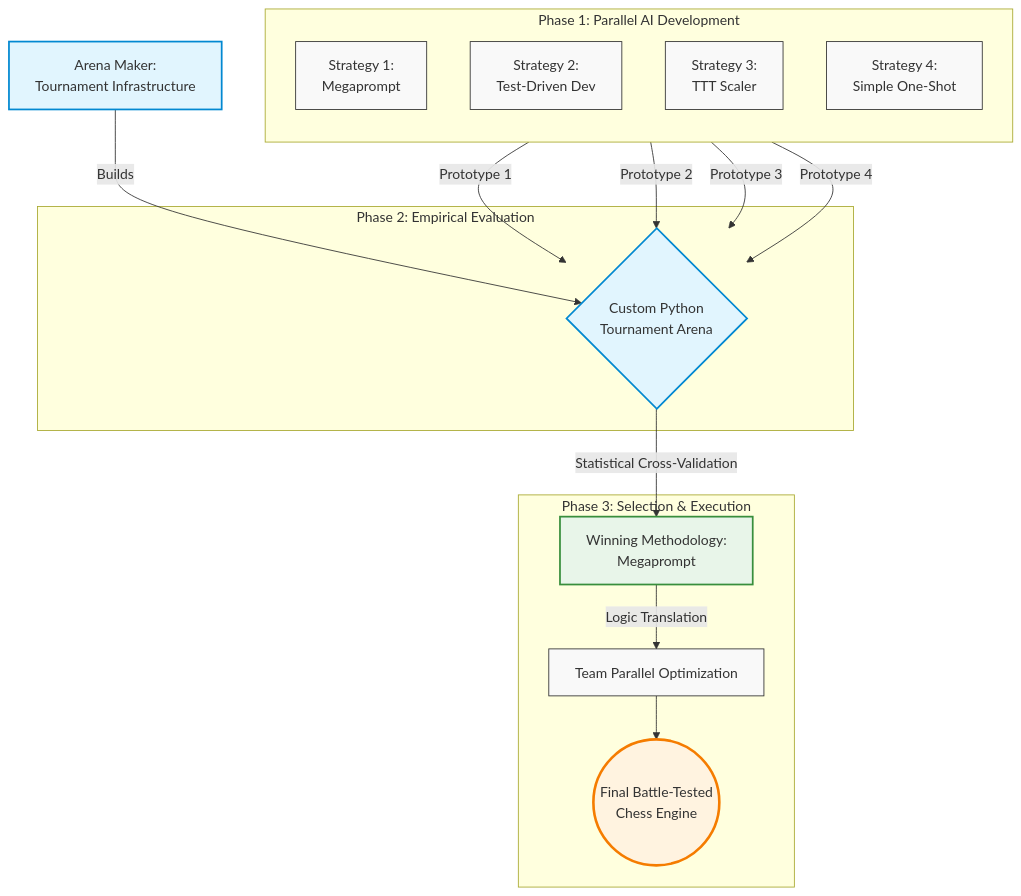
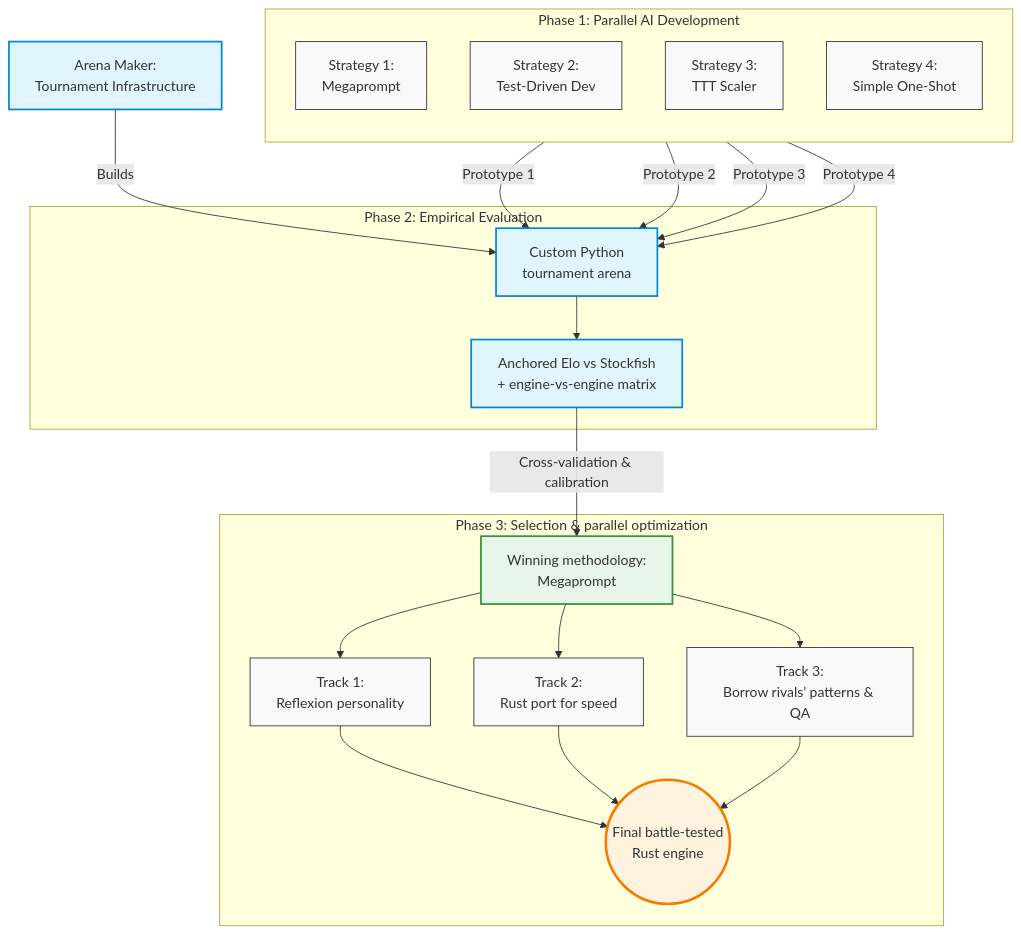
The first of 2 diagrams in README.md (krishavs1/Cubist-Hackathon-2026), drawn with Mermaid before and after one commit. The commit also changed other lines of this file, not shown here.

````diff
--- a/README.md
+++ b/README.md
@@ -9,40 +9,48 @@
 ```mermaid
 graph TD
     %% Define styles for a quantitative/research aesthetic
     classDef strategy fill:#f9f9f9,stroke:#333,stroke-width:1px;
     classDef arena fill:#e1f5fe,stroke:#0288d1,stroke-width:2px;
     classDef winner fill:#e8f5e9,stroke:#388e3c,stroke-width:2px;
     classDef final fill:#fff3e0,stroke:#f57c00,stroke-width:3px;
 
     subgraph Phase 1: Parallel AI Development
         direction TB
         S1[Strategy 1:<br>Megaprompt]:::strategy
         S2[Strategy 2:<br>Test-Driven Dev]:::strategy
         S3[Strategy 3:<br>TTT Scaler]:::strategy
         S4[Strategy 4:<br>Simple One-Shot]:::strategy
     end
 
     AM[Arena Maker:<br>Tournament Infrastructure]:::arena
 
     subgraph Phase 2: Empirical Evaluation
-        Arena{Custom Python<br>Tournament Arena}:::arena
+        Arena[Custom Python<br>tournament arena]:::arena
+        Eval[Anchored Elo vs Stockfish<br>+ engine-vs-engine matrix]:::arena
     end
 
-    subgraph Phase 3: Selection & Execution
-        Win[Winning Methodology:<br>Megaprompt]:::winner
-        Opt[Team Parallel Optimization]:::strategy
-        Final((Final Battle-Tested<br>Chess Engine)):::final
+    subgraph Phase3["Phase 3: Selection & parallel optimization"]
+        Win[Winning methodology:<br>Megaprompt]:::winner
+        T1[Track 1:<br>Reflexion personality]:::strategy
+        T2[Track 2:<br>Rust port for speed]:::strategy
+        T3[Track 3:<br>Borrow rivals’ patterns & QA]:::strategy
+        Final((Final battle-tested<br>Rust engine)):::final
     end
 
     %% Connections
     AM -->|Builds| Arena
+    Arena --> Eval
 
     S1 -->|Prototype 1| Arena
     S2 -->|Prototype 2| Arena
     S3 -->|Prototype 3| Arena
     S4 -->|Prototype 4| Arena
 
-    Arena -->|Statistical Cross-Validation| Win
-    Win -->|Logic Translation| Opt
-    Opt --> Final
+    Eval -->|Cross-validation & calibration| Win
+    Win --> T1
+    Win --> T2
+    Win --> T3
+    T1 --> Final
+    T2 --> Final
+    T3 --> Final
 ```
````
